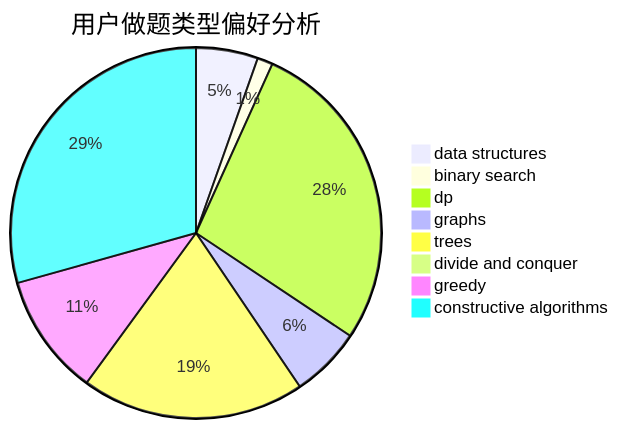
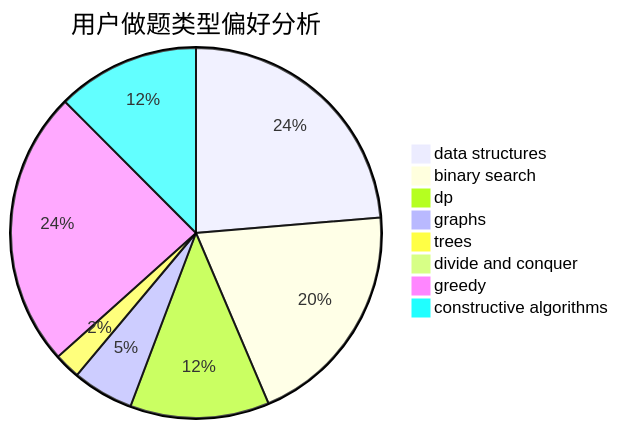
One commit to sherpahu/cfrs.github.io changed the second of 3 diagrams in docs/user/u1640.md. Above: the diagram before and after it, drawn with Mermaid. The commit also changed other lines of this file and 2770 other files, not shown here.

````diff
--- a/docs/user/u1640.md
+++ b/docs/user/u1640.md
@@ -23,11 +23,11 @@
 ```mermaid
 pie title 用户做题类型偏好分析
-    "data structures" :  28
-    "binary search" :  7
-    "dp" :  143
-    "graphs" :  32
-    "trees" :  101
+    "data structures" :  146
+    "binary search" :  123
+    "dp" :  75
+    "graphs" :  33
+    "trees" :  14
     "divide and conquer" :  1
-    "greedy" :  55
-    "constructive algorithms" :  152
+    "greedy" :  149
+    "constructive algorithms" :  77
 ```
````
